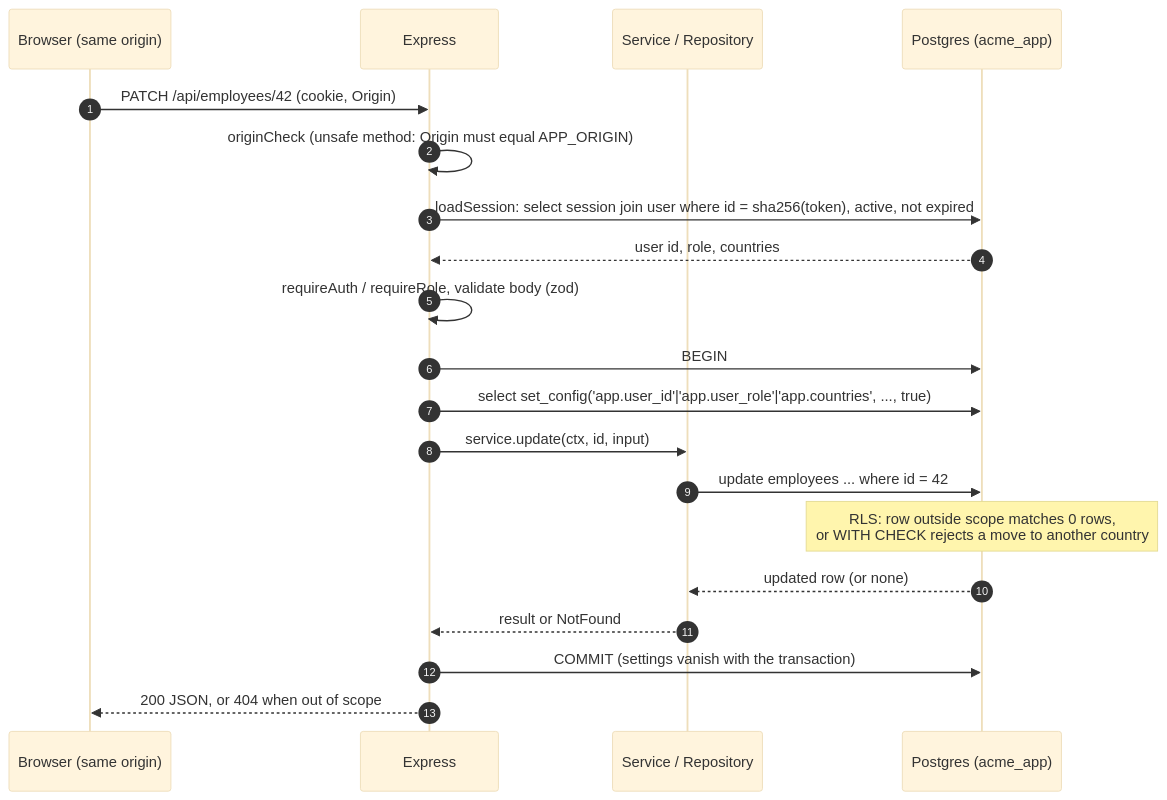
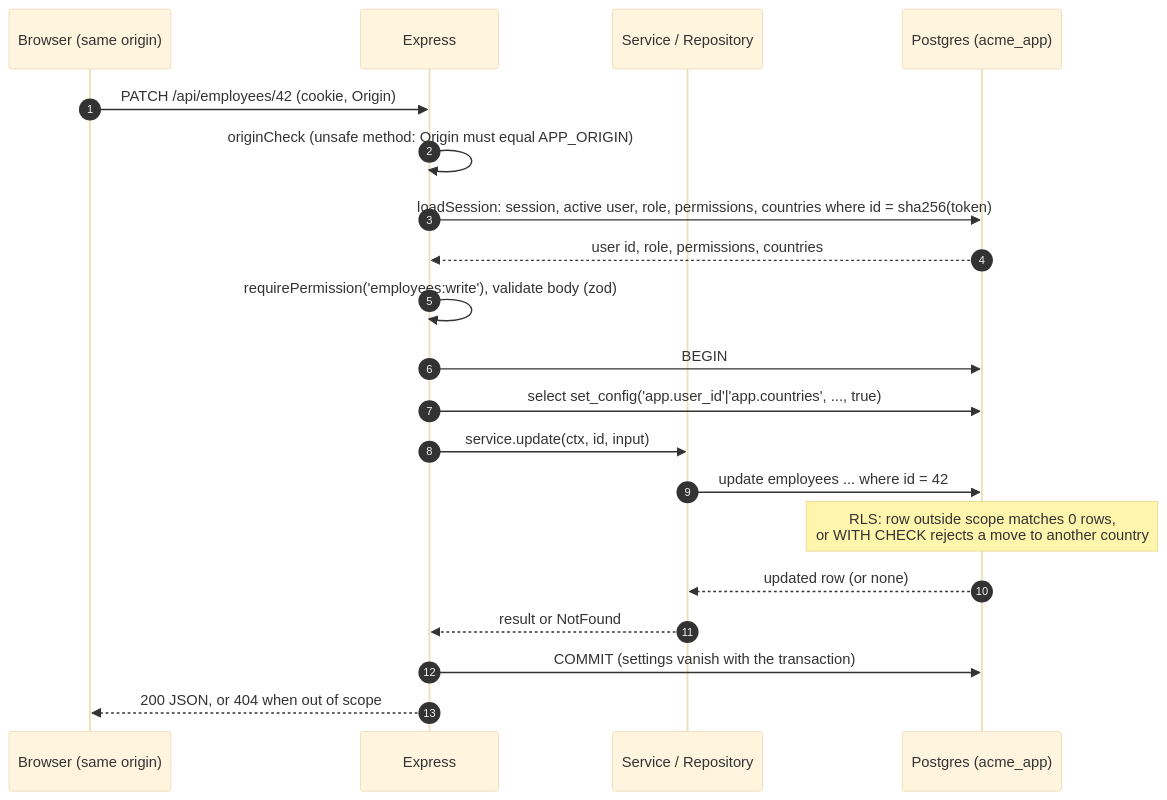
Before and after one commit to Deb77/ACME-SalaryManagementTool: the diagram in docs/auth.md, drawn with Mermaid (base theme). The commit also changed other lines of this file and 5 other files, not shown here.

````diff
--- a/docs/auth.md
+++ b/docs/auth.md
@@ -216,23 +252,23 @@
 ```mermaid
 sequenceDiagram
     autonumber
     participant B as Browser (same origin)
     participant E as Express
     participant S as Service / Repository
     participant P as Postgres (acme_app)
 
     B->>E: PATCH /api/employees/42 (cookie, Origin)
     E->>E: originCheck (unsafe method: Origin must equal APP_ORIGIN)
-    E->>P: loadSession: select session join user where id = sha256(token), active, not expired
-    P-->>E: user id, role, countries
-    E->>E: requireAuth / requireRole, validate body (zod)
+    E->>P: loadSession: session, active user, role, permissions, countries where id = sha256(token)
+    P-->>E: user id, role, permissions, countries
+    E->>E: requirePermission('employees:write'), validate body (zod)
     E->>P: BEGIN
-    E->>P: select set_config('app.user_id'|'app.user_role'|'app.countries', ..., true)
+    E->>P: select set_config('app.user_id'|'app.countries', ..., true)
     E->>S: service.update(ctx, id, input)
     S->>P: update employees ... where id = 42
     Note over P: RLS: row outside scope matches 0 rows,<br/>or WITH CHECK rejects a move to another country
     P-->>S: updated row (or none)
     S-->>E: result or NotFound
     E->>P: COMMIT (settings vanish with the transaction)
     E-->>B: 200 JSON, or 404 when out of scope
 ```
````
